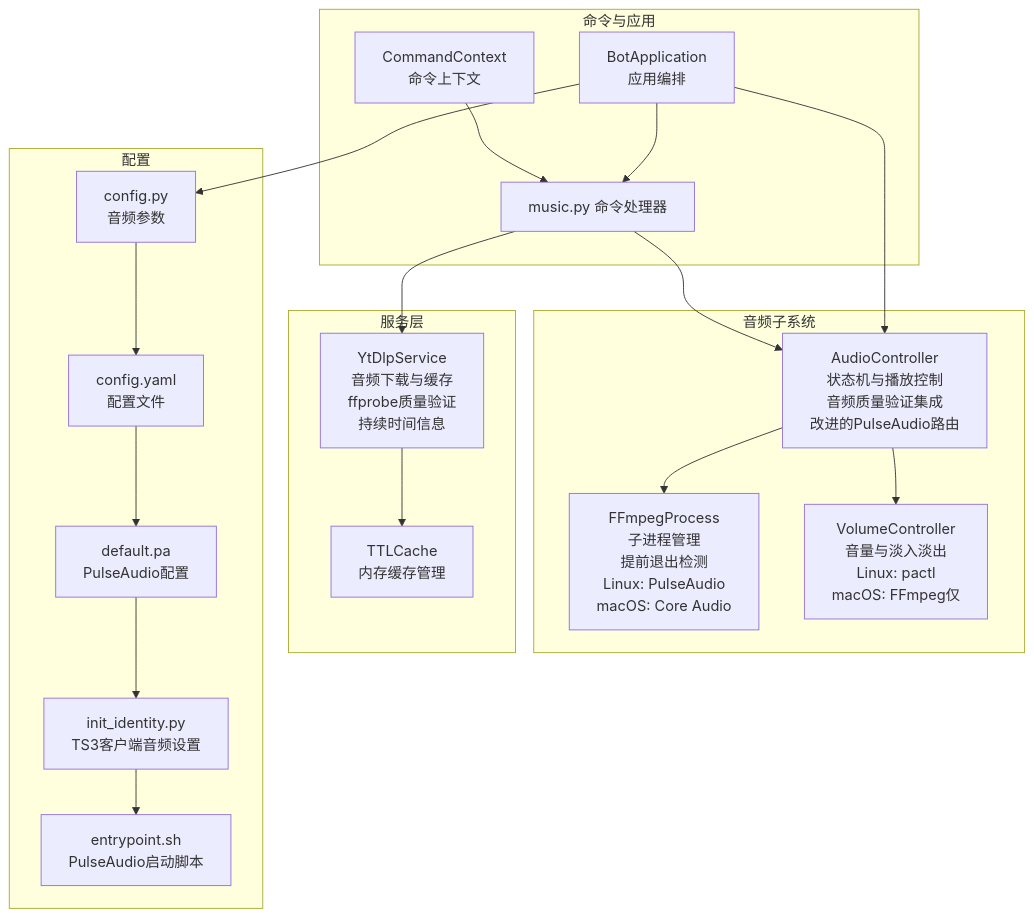
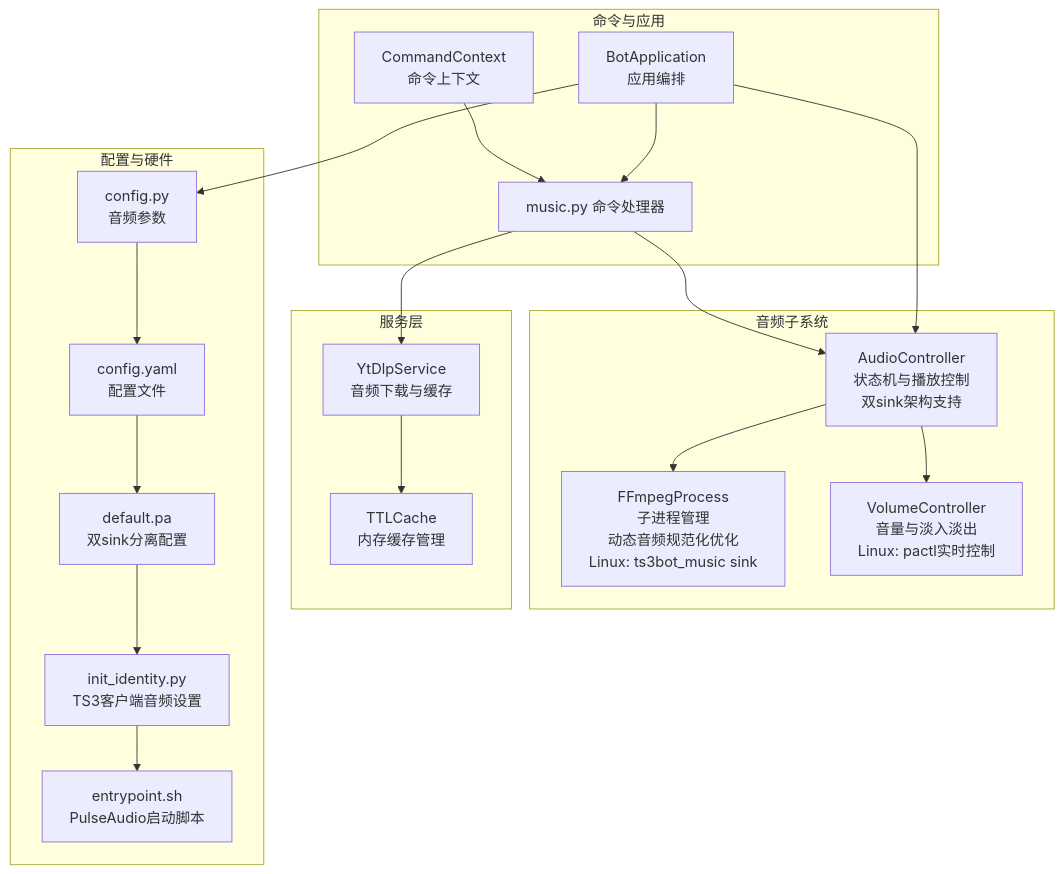
The first of 14 diagrams in .qoder/repowiki/zh/content/音乐播放系统/音频控制器.md (GhoulOwl/Teamspeak3_Bot), drawn with Mermaid before and after one commit. The commit also changed other lines of this file and 13 other files, not shown here.

````diff
--- a/.qoder/repowiki/zh/content/音乐播放系统/音频控制器.md
+++ b/.qoder/repowiki/zh/content/音乐播放系统/音频控制器.md
@@ -62,37 +57,37 @@
 ```mermaid
 graph TB
 subgraph "音频子系统"
-AC["AudioController<br/>状态机与播放控制<br/>音频质量验证集成<br/>改进的PulseAudio路由"]
-FFM["FFmpegProcess<br/>子进程管理<br/>提前退出检测<br/>Linux: PulseAudio<br/>macOS: Core Audio"]
-VOL["VolumeController<br/>音量与淡入淡出<br/>Linux: pactl<br/>macOS: FFmpeg仅"]
+AC["AudioController<br/>状态机与播放控制<br/>双sink架构支持"]
+FFM["FFmpegProcess<br/>子进程管理<br/>动态音频规范化优化<br/>Linux: ts3bot_music sink"]
+VOL["VolumeController<br/>音量与淡入淡出<br/>Linux: pactl实时控制"]
 end
 subgraph "命令与应用"
 APP["BotApplication<br/>应用编排"]
 CMD["music.py 命令处理器"]
 CTX["CommandContext<br/>命令上下文"]
 end
 subgraph "服务层"
-YTDL["YtDlpService<br/>音频下载与缓存<br/>ffprobe质量验证<br/>持续时间信息"]
+YTDL["YtDlpService<br/>音频下载与缓存"]
 CACHE["TTLCache<br/>内存缓存管理"]
 end
-subgraph "配置"
+subgraph "配置与硬件"
 CFG["config.py<br/>音频参数"]
 YAML["config.yaml<br/>配置文件"]
-PA["default.pa<br/>PulseAudio配置"]
+PA["default.pa<br/>双sink分离配置"]
 TS3["init_identity.py<br/>TS3客户端音频设置"]
 ENDPT["entrypoint.sh<br/>PulseAudio启动脚本"]
 end
 AC --> FFM
 AC --> VOL
 APP --> AC
 APP --> CMD
 CMD --> AC
 CMD --> YTDL
 YTDL --> CACHE
 CTX --> CMD
 APP --> CFG
 CFG --> YAML
 YAML --> PA
 PA --> TS3
 TS3 --> ENDPT
 ```
````
